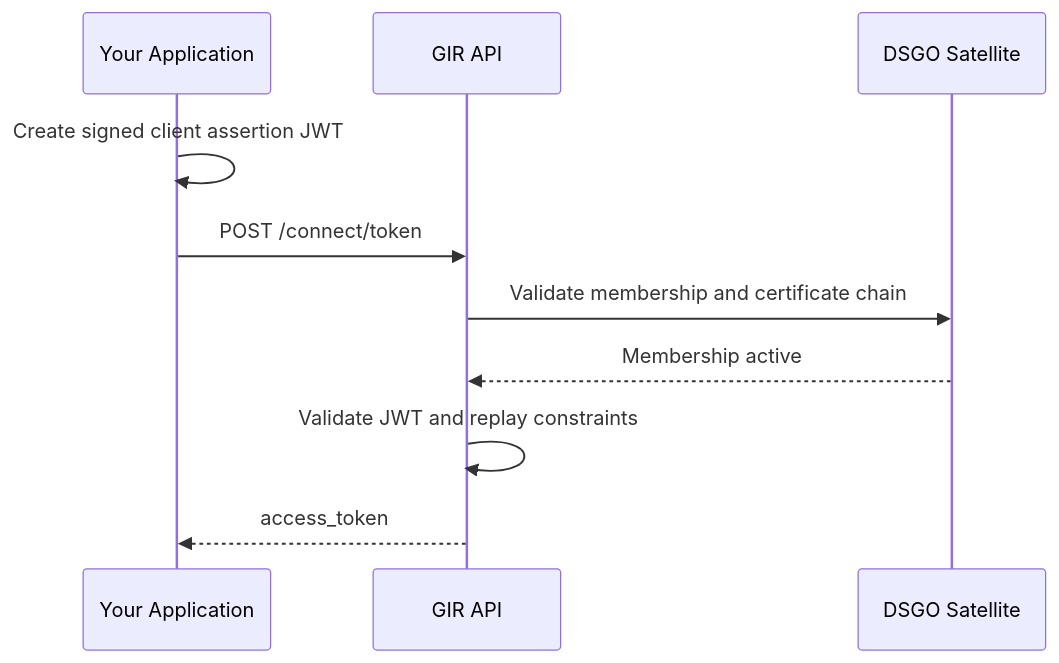
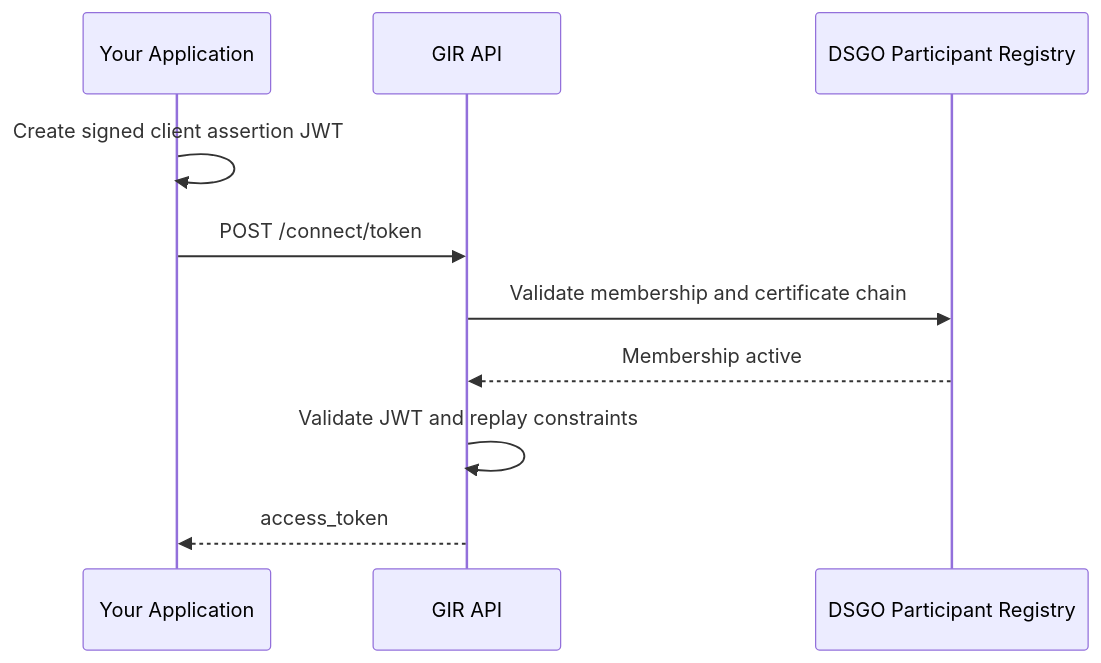
The third of 6 diagrams in gir/data-consumer-flow.md (POORT8/Poort8.Docs), drawn with Mermaid before and after one commit. The commit also changed 2 other files, not shown here.

Commit message:
Deploy gir docs: 05db66280bbc7c0dd5ddce5b764a2f888fe72043

````diff
--- a/gir/data-consumer-flow.md
+++ b/gir/data-consumer-flow.md
@@ -101,13 +101,13 @@
 ```mermaid
 sequenceDiagram
     participant App as Your Application
     participant GIR as GIR API
-    participant SAT as DSGO Satellite
+    participant SAT as DSGO Participant Registry
 
     App->>App: Create signed client assertion JWT
     App->>GIR: POST /connect/token
     GIR->>SAT: Validate membership and certificate chain
     SAT-->>GIR: Membership active
     GIR->>GIR: Validate JWT and replay constraints
     GIR-->>App: access_token
 ```
````
